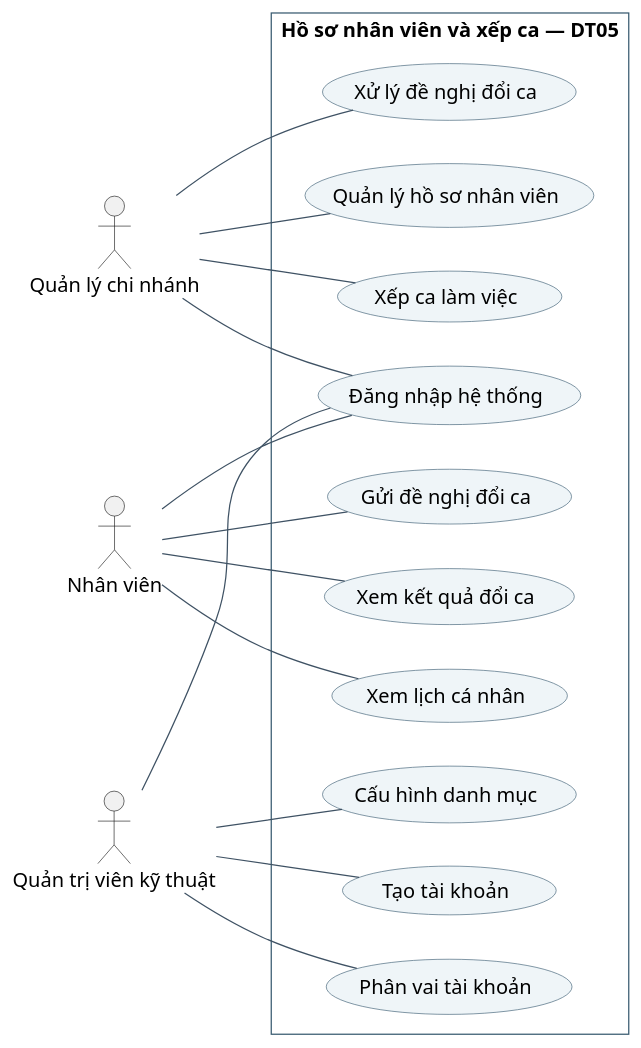
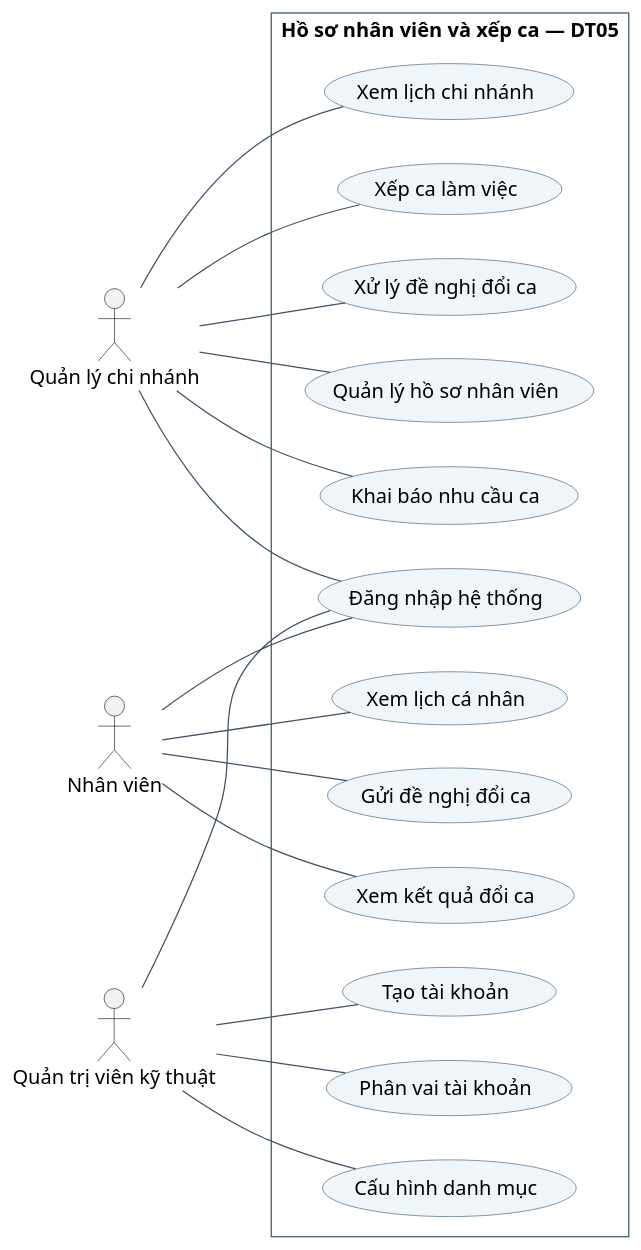
The diagram in HO_SO_DT05/diagram_bao_cao/01_use_case_tong_quan.puml (hn69969669/TTCN_DT05_HoSoNV-SXepCa), drawn with PlantUML before and after one commit. The commit also changed 66 other files, not shown here.

```diff
--- a/HO_SO_DT05/diagram_bao_cao/01_use_case_tong_quan.puml
+++ b/HO_SO_DT05/diagram_bao_cao/01_use_case_tong_quan.puml
@@ -1,43 +1,50 @@
 @startuml
 skinparam backgroundColor white
 skinparam defaultFontName Arial
 skinparam defaultFontSize 16
 skinparam shadowing false
 skinparam ArrowColor #3F5264
 skinparam defaultTextAlignment center
 skinparam roundCorner 0
-skinparam monochrome false
 skinparam usecaseBackgroundColor #EFF5F8
 skinparam usecaseBorderColor #385B70
 skinparam rectangleBorderColor #385B70
 skinparam componentStyle rectangle
 skinparam classAttributeIconSize 0
+skinparam activityBackgroundColor #EFF5F8
+skinparam activityBorderColor #385B70
+skinparam stateBackgroundColor #EFF5F8
+skinparam stateBorderColor #385B70
 left to right direction
 actor "Quản lý chi nhánh" as QL
 actor "Nhân viên" as NV
 actor "Quản trị viên kỹ thuật" as QT
 rectangle "Hồ sơ nhân viên và xếp ca — DT05" {
   usecase "Quản lý hồ sơ nhân viên" as PROFILE
+  usecase "Khai báo nhu cầu ca" as DEMAND
+  usecase "Xem lịch chi nhánh" as BRANCHVIEW
   usecase "Xếp ca làm việc" as SHIFT
   usecase "Xử lý đề nghị đổi ca" as REVIEW
   usecase "Đăng nhập hệ thống" as LOGIN
   usecase "Xem lịch cá nhân" as MINE
   usecase "Gửi đề nghị đổi ca" as SWAP
   usecase "Xem kết quả đổi ca" as RESULT
   usecase "Tạo tài khoản" as ACC
   usecase "Phân vai tài khoản" as ROLE
   usecase "Cấu hình danh mục" as CAT
 }
 QL -- PROFILE
+QL -- DEMAND
+QL -- BRANCHVIEW
 QL -- SHIFT
 QL -- REVIEW
 QL -- LOGIN
 NV -- LOGIN
 NV -- MINE
 NV -- SWAP
 NV -- RESULT
 QT -- LOGIN
 QT -- ACC
 QT -- ROLE
 QT -- CAT
 @enduml
```
